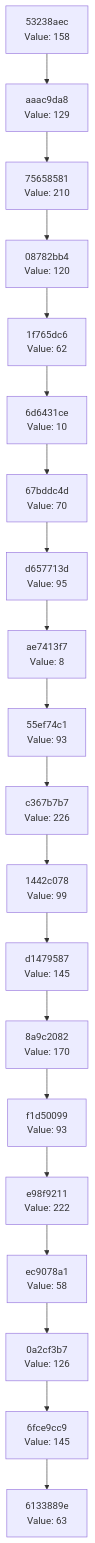
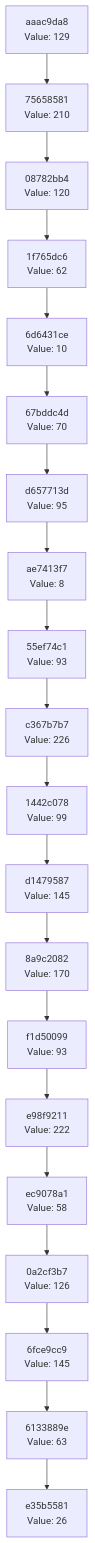
The diagram in docs/CHAIN_VISUALIZATION.md (Abhisheksinha1506/hash-chain-evolver), drawn with Mermaid before and after one commit. The commit also changed 3 other files, not shown here.

````diff
--- a/docs/CHAIN_VISUALIZATION.md
+++ b/docs/CHAIN_VISUALIZATION.md
@@ -3,42 +3,42 @@
 ```mermaid
 graph TD
-    C0["6133889e<br/>Value: 63"]
-    C1["6fce9cc9<br/>Value: 145"]
+    C0["e35b5581<br/>Value: 26"]
+    C1["6133889e<br/>Value: 63"]
     C1 --> C0
-    C2["0a2cf3b7<br/>Value: 126"]
+    C2["6fce9cc9<br/>Value: 145"]
     C2 --> C1
-    C3["ec9078a1<br/>Value: 58"]
+    C3["0a2cf3b7<br/>Value: 126"]
     C3 --> C2
-    C4["e98f9211<br/>Value: 222"]
+    C4["ec9078a1<br/>Value: 58"]
     C4 --> C3
-    C5["f1d50099<br/>Value: 93"]
+    C5["e98f9211<br/>Value: 222"]
     C5 --> C4
-    C6["8a9c2082<br/>Value: 170"]
+    C6["f1d50099<br/>Value: 93"]
     C6 --> C5
-    C7["d1479587<br/>Value: 145"]
+    C7["8a9c2082<br/>Value: 170"]
     C7 --> C6
-    C8["1442c078<br/>Value: 99"]
+    C8["d1479587<br/>Value: 145"]
     C8 --> C7
-    C9["c367b7b7<br/>Value: 226"]
+    C9["1442c078<br/>Value: 99"]
     C9 --> C8
-    C10["55ef74c1<br/>Value: 93"]
+    C10["c367b7b7<br/>Value: 226"]
     C10 --> C9
-    C11["ae7413f7<br/>Value: 8"]
+    C11["55ef74c1<br/>Value: 93"]
     C11 --> C10
-    C12["d657713d<br/>Value: 95"]
+    C12["ae7413f7<br/>Value: 8"]
     C12 --> C11
-    C13["67bddc4d<br/>Value: 70"]
+    C13["d657713d<br/>Value: 95"]
     C13 --> C12
-    C14["6d6431ce<br/>Value: 10"]
+    C14["67bddc4d<br/>Value: 70"]
     C14 --> C13
-    C15["1f765dc6<br/>Value: 62"]
+    C15["6d6431ce<br/>Value: 10"]
     C15 --> C14
-    C16["08782bb4<br/>Value: 120"]
+    C16["1f765dc6<br/>Value: 62"]
     C16 --> C15
-    C17["75658581<br/>Value: 210"]
+    C17["08782bb4<br/>Value: 120"]
     C17 --> C16
-    C18["aaac9da8<br/>Value: 129"]
+    C18["75658581<br/>Value: 210"]
     C18 --> C17
-    C19["53238aec<br/>Value: 158"]
+    C19["aaac9da8<br/>Value: 129"]
     C19 --> C18
 ```
````
